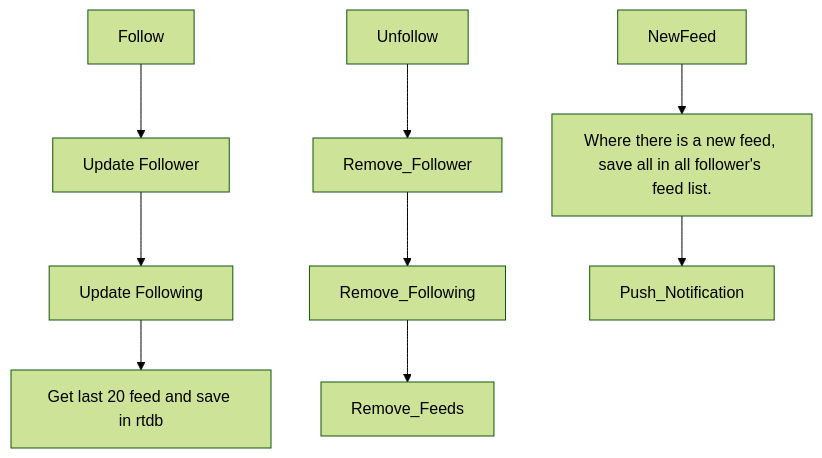
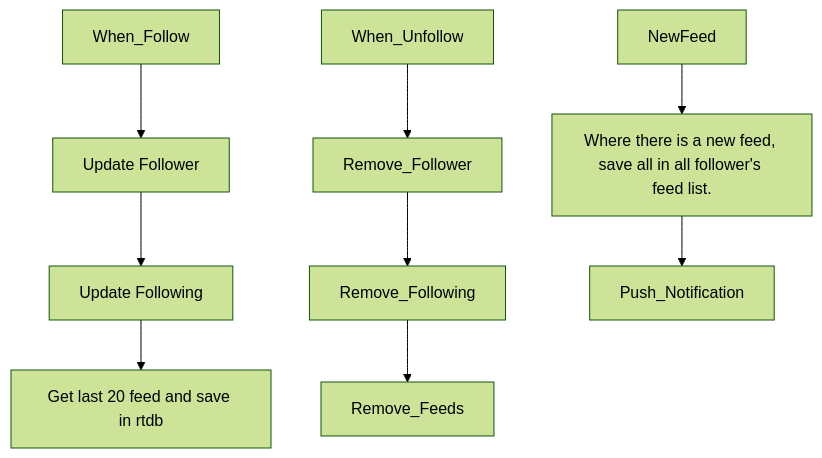
One commit to thruthesky/fireflutter changed the first of 3 diagrams in README.md. Above: the diagram before and after it, drawn with Mermaid (forest theme). The commit also changed 2 other files, not shown here.

Commit message:
update on feed. test needed

````diff
--- a/README.md
+++ b/README.md
@@ -481,8 +481,8 @@
 ```mermaid
 flowchart TD
-Follow-->UpdateFollower[Update Follower]-->UpdateFollowing[Update Following]-->UpdateFeed[Get last 20 feed and save in rtdb]
+When_Follow-->UpdateFollower[Update Follower]-->UpdateFollowing[Update Following]-->UpdateFeed[Get last 20 feed and save in rtdb]
 
-Unfollow-->Remove_Follower-->Remove_Following-->Remove_Feeds
+When_Unfollow-->Remove_Follower-->Remove_Following-->Remove_Feeds
 
 NewFeed-->SaveNewFeedToAllFollower[Where there is a new feed, save all in all follower's feed list.]-->Push_Notification
 ```
````
